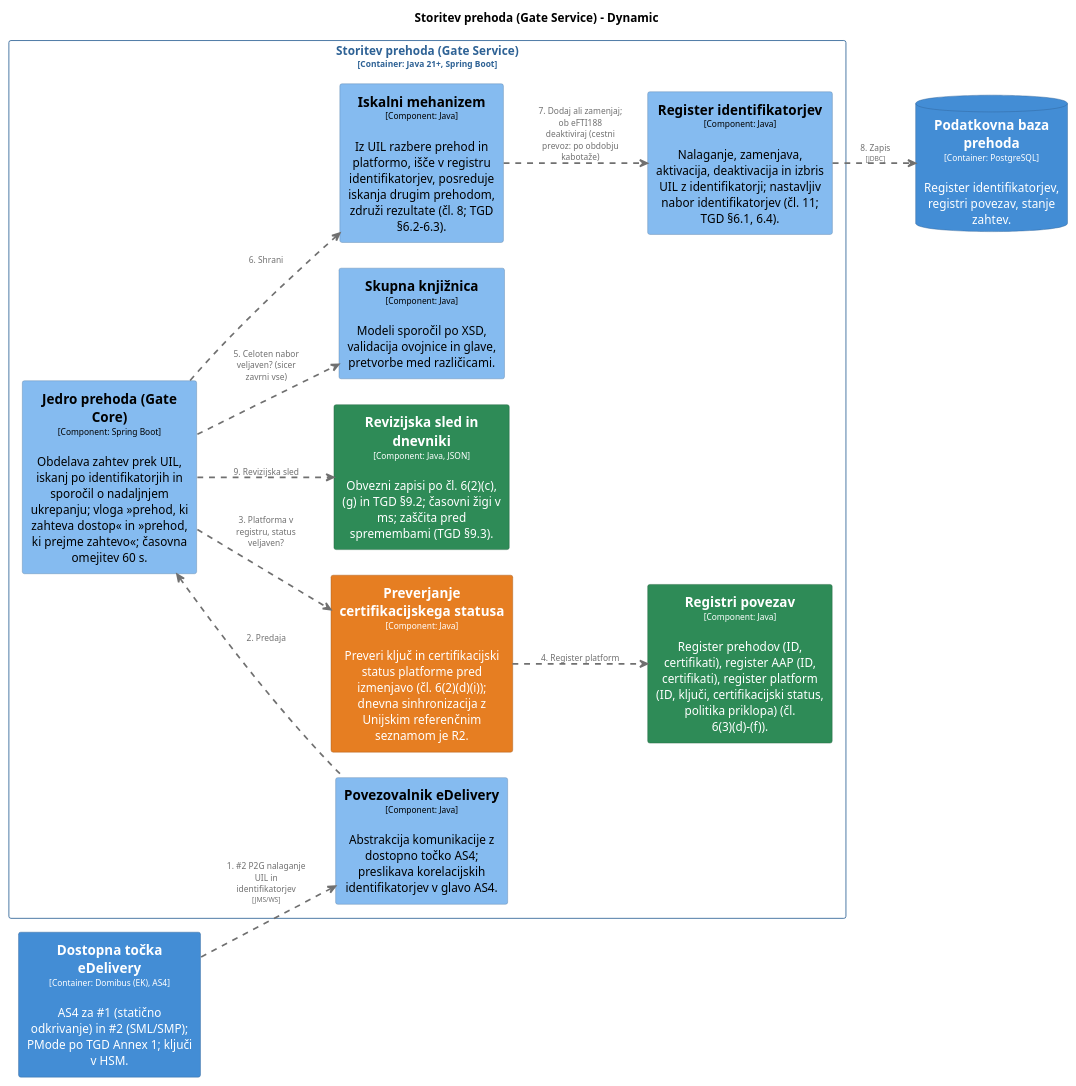
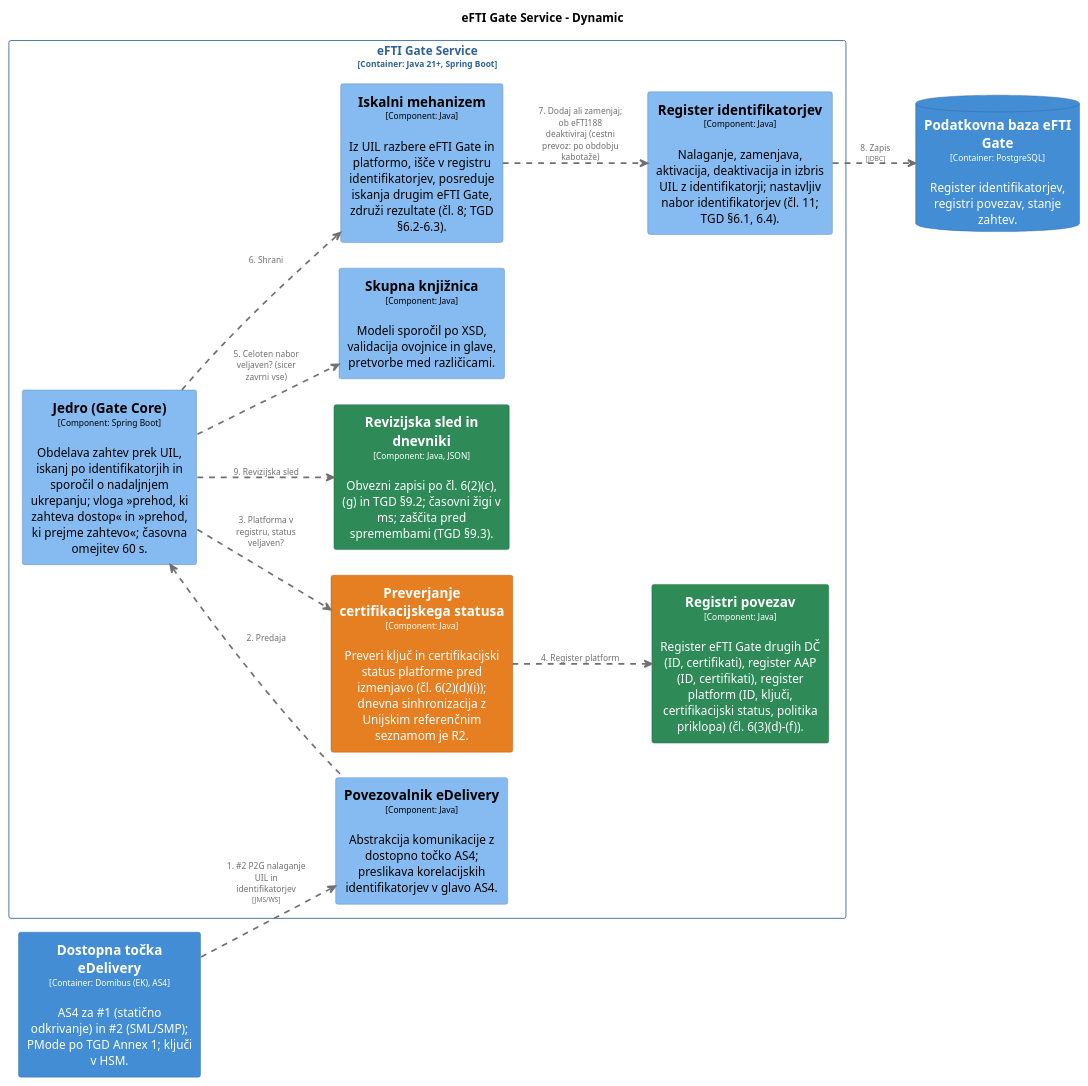
Before and after one commit to UM-KGPI/eFTI-Gate-SI: the diagram in architecture/diagrams/structurizr-D4-Nalaganje-identifikatorjev.puml, drawn with PlantUML. The commit also changed 24 other files, not shown here.

First line of the commit message:
C4: enotno ime "eFTI Gate" v diagramih

```diff
--- a/architecture/diagrams/structurizr-D4-Nalaganje-identifikatorjev.puml
+++ b/architecture/diagrams/structurizr-D4-Nalaganje-identifikatorjev.puml
@@ -1,107 +1,107 @@
 @startuml
 set separator none
-title Storitev prehoda (Gate Service) - Dynamic
+title eFTI Gate Service - Dynamic
 
 left to right direction
 skinparam ranksep 60
 skinparam nodesep 30
 
 skinparam {
   arrowFontSize 10
   defaultTextAlignment center
   wrapWidth 200
   maxMessageSize 100
 }
 
 hide stereotype
 
-skinparam rectangle<<SlovenskiprehodeFTI.DostopnatočkaeDelivery>> {
+skinparam rectangle<<eFTIGate.DostopnatočkaeDelivery>> {
   BackgroundColor #438dd5
   FontColor #ffffff
   BorderColor #2e6295
   shadowing false
 }
-skinparam rectangle<<SlovenskiprehodeFTI.StoritevprehodaGateService.Iskalnimehanizem>> {
+skinparam rectangle<<eFTIGate.eFTIGateService.Iskalnimehanizem>> {
   BackgroundColor #85bbf0
   FontColor #000000
   BorderColor #5d82a8
   shadowing false
 }
-skinparam rectangle<<SlovenskiprehodeFTI.StoritevprehodaGateService.JedroprehodaGateCore>> {
+skinparam rectangle<<eFTIGate.eFTIGateService.JedroGateCore>> {
   BackgroundColor #85bbf0
   FontColor #000000
   BorderColor #5d82a8
   shadowing false
 }
-skinparam database<<SlovenskiprehodeFTI.Podatkovnabazaprehoda>> {
+skinparam database<<eFTIGate.PodatkovnabazaeFTIGate>> {
   BackgroundColor #438dd5
   FontColor #ffffff
   BorderColor #2e6295
   shadowing false
 }
-skinparam rectangle<<SlovenskiprehodeFTI.StoritevprehodaGateService.PovezovalnikeDelivery>> {
+skinparam rectangle<<eFTIGate.eFTIGateService.PovezovalnikeDelivery>> {
   BackgroundColor #85bbf0
   FontColor #000000
   BorderColor #5d82a8
   shadowing false
 }
-skinparam rectangle<<SlovenskiprehodeFTI.StoritevprehodaGateService.Preverjanjecertifikacijskegastatusa>> {
+skinparam rectangle<<eFTIGate.eFTIGateService.Preverjanjecertifikacijskegastatusa>> {
   BackgroundColor #e67e22
   FontColor #ffffff
   BorderColor #a15817
   shadowing false
 }
-skinparam rectangle<<SlovenskiprehodeFTI.StoritevprehodaGateService.Registeridentifikatorjev>> {
+skinparam rectangle<<eFTIGate.eFTIGateService.Registeridentifikatorjev>> {
   BackgroundColor #85bbf0
   FontColor #000000
   BorderColor #5d82a8
   shadowing false
 }
-skinparam rectangle<<SlovenskiprehodeFTI.StoritevprehodaGateService.Registripovezav>> {
+skinparam rectangle<<eFTIGate.eFTIGateService.Registripovezav>> {
   BackgroundColor #2e8b57
   FontColor #ffffff
   BorderColor #20613c
   shadowing false
 }
-skinparam rectangle<<SlovenskiprehodeFTI.StoritevprehodaGateService.Revizijskasledindnevniki>> {
+skinparam rectangle<<eFTIGate.eFTIGateService.Revizijskasledindnevniki>> {
   BackgroundColor #2e8b57
   FontColor #ffffff
   BorderColor #20613c
   shadowing false
 }
-skinparam rectangle<<SlovenskiprehodeFTI.StoritevprehodaGateService.Skupnaknjižnica>> {
+skinparam rectangle<<eFTIGate.eFTIGateService.Skupnaknjižnica>> {
   BackgroundColor #85bbf0
   FontColor #000000
   BorderColor #5d82a8
   shadowing false
 }
-skinparam rectangle<<SlovenskiprehodeFTI.StoritevprehodaGateService>> {
+skinparam rectangle<<eFTIGate.eFTIGateService>> {
   BorderColor #2e6295
   FontColor #2e6295
   shadowing false
 }
 
-rectangle "Storitev prehoda (Gate Service)\n<size:10>[Container: Java 21+, Spring Boot]</size>" <<SlovenskiprehodeFTI.StoritevprehodaGateService>> {
-  rectangle "==Preverjanje certifikacijskega statusa\n<size:10>[Component: Java]</size>\n\nPreveri ključ in certifikacijski status platforme pred izmenjavo (čl. 6(2)(d)(i)); dnevna sinhronizacija z Unijskim referenčnim seznamom je R2." <<SlovenskiprehodeFTI.StoritevprehodaGateService.Preverjanjecertifikacijskegastatusa>> as SlovenskiprehodeFTI.StoritevprehodaGateService.Preverjanjecertifikacijskegastatusa
-  rectangle "==Povezovalnik eDelivery\n<size:10>[Component: Java]</size>\n\nAbstrakcija komunikacije z dostopno točko AS4; preslikava korelacijskih identifikatorjev v glavo AS4." <<SlovenskiprehodeFTI.StoritevprehodaGateService.PovezovalnikeDelivery>> as SlovenskiprehodeFTI.StoritevprehodaGateService.PovezovalnikeDelivery
-  rectangle "==Revizijska sled in dnevniki\n<size:10>[Component: Java, JSON]</size>\n\nObvezni zapisi po čl. 6(2)(c), (g) in TGD §9.2; časovni žigi v ms; zaščita pred spremembami (TGD §9.3)." <<SlovenskiprehodeFTI.StoritevprehodaGateService.Revizijskasledindnevniki>> as SlovenskiprehodeFTI.StoritevprehodaGateService.Revizijskasledindnevniki
-  rectangle "==Skupna knjižnica\n<size:10>[Component: Java]</size>\n\nModeli sporočil po XSD, validacija ovojnice in glave, pretvorbe med različicami." <<SlovenskiprehodeFTI.StoritevprehodaGateService.Skupnaknjižnica>> as SlovenskiprehodeFTI.StoritevprehodaGateService.Skupnaknjižnica
-  rectangle "==Jedro prehoda (Gate Core)\n<size:10>[Component: Spring Boot]</size>\n\nObdelava zahtev prek UIL, iskanj po identifikatorjih in sporočil o nadaljnjem ukrepanju; vloga »prehod, ki zahteva dostop« in »prehod, ki prejme zahtevo«; časovna omejitev 60 s." <<SlovenskiprehodeFTI.StoritevprehodaGateService.JedroprehodaGateCore>> as SlovenskiprehodeFTI.StoritevprehodaGateService.JedroprehodaGateCore
-  rectangle "==Iskalni mehanizem\n<size:10>[Component: Java]</size>\n\nIz UIL razbere prehod in platformo, išče v registru identifikatorjev, posreduje iskanja drugim prehodom, združi rezultate (čl. 8; TGD §6.2–6.3)." <<SlovenskiprehodeFTI.StoritevprehodaGateService.Iskalnimehanizem>> as SlovenskiprehodeFTI.StoritevprehodaGateService.Iskalnimehanizem
-  rectangle "==Register identifikatorjev\n<size:10>[Component: Java]</size>\n\nNalaganje, zamenjava, aktivacija, deaktivacija in izbris UIL z identifikatorji; nastavljiv nabor identifikatorjev (čl. 11; TGD §6.1, 6.4)." <<SlovenskiprehodeFTI.StoritevprehodaGateService.Registeridentifikatorjev>> as SlovenskiprehodeFTI.StoritevprehodaGateService.Registeridentifikatorjev
-  rectangle "==Registri povezav\n<size:10>[Component: Java]</size>\n\nRegister prehodov (ID, certifikati), register AAP (ID, certifikati), register platform (ID, ključi, certifikacijski status, politika priklopa) (čl. 6(3)(d)–(f))." <<SlovenskiprehodeFTI.StoritevprehodaGateService.Registripovezav>> as SlovenskiprehodeFTI.StoritevprehodaGateService.Registripovezav
+rectangle "eFTI Gate Service\n<size:10>[Container: Java 21+, Spring Boot]</size>" <<eFTIGate.eFTIGateService>> {
+  rectangle "==Preverjanje certifikacijskega statusa\n<size:10>[Component: Java]</size>\n\nPreveri ključ in certifikacijski status platforme pred izmenjavo (čl. 6(2)(d)(i)); dnevna sinhronizacija z Unijskim referenčnim seznamom je R2." <<eFTIGate.eFTIGateService.Preverjanjecertifikacijskegastatusa>> as eFTIGate.eFTIGateService.Preverjanjecertifikacijskegastatusa
+  rectangle "==Povezovalnik eDelivery\n<size:10>[Component: Java]</size>\n\nAbstrakcija komunikacije z dostopno točko AS4; preslikava korelacijskih identifikatorjev v glavo AS4." <<eFTIGate.eFTIGateService.PovezovalnikeDelivery>> as eFTIGate.eFTIGateService.PovezovalnikeDelivery
+  rectangle "==Revizijska sled in dnevniki\n<size:10>[Component: Java, JSON]</size>\n\nObvezni zapisi po čl. 6(2)(c), (g) in TGD §9.2; časovni žigi v ms; zaščita pred spremembami (TGD §9.3)." <<eFTIGate.eFTIGateService.Revizijskasledindnevniki>> as eFTIGate.eFTIGateService.Revizijskasledindnevniki
+  rectangle "==Skupna knjižnica\n<size:10>[Component: Java]</size>\n\nModeli sporočil po XSD, validacija ovojnice in glave, pretvorbe med različicami." <<eFTIGate.eFTIGateService.Skupnaknjižnica>> as eFTIGate.eFTIGateService.Skupnaknjižnica
+  rectangle "==Jedro (Gate Core)\n<size:10>[Component: Spring Boot]</size>\n\nObdelava zahtev prek UIL, iskanj po identifikatorjih in sporočil o nadaljnjem ukrepanju; vloga »prehod, ki zahteva dostop« in »prehod, ki prejme zahtevo«; časovna omejitev 60 s." <<eFTIGate.eFTIGateService.JedroGateCore>> as eFTIGate.eFTIGateService.JedroGateCore
+  rectangle "==Iskalni mehanizem\n<size:10>[Component: Java]</size>\n\nIz UIL razbere eFTI Gate in platformo, išče v registru identifikatorjev, posreduje iskanja drugim eFTI Gate, združi rezultate (čl. 8; TGD §6.2–6.3)." <<eFTIGate.eFTIGateService.Iskalnimehanizem>> as eFTIGate.eFTIGateService.Iskalnimehanizem
+  rectangle "==Register identifikatorjev\n<size:10>[Component: Java]</size>\n\nNalaganje, zamenjava, aktivacija, deaktivacija in izbris UIL z identifikatorji; nastavljiv nabor identifikatorjev (čl. 11; TGD §6.1, 6.4)." <<eFTIGate.eFTIGateService.Registeridentifikatorjev>> as eFTIGate.eFTIGateService.Registeridentifikatorjev
+  rectangle "==Registri povezav\n<size:10>[Component: Java]</size>\n\nRegister eFTI Gate drugih DČ (ID, certifikati), register AAP (ID, certifikati), register platform (ID, ključi, certifikacijski status, politika priklopa) (čl. 6(3)(d)–(f))." <<eFTIGate.eFTIGateService.Registripovezav>> as eFTIGate.eFTIGateService.Registripovezav
 }
 
-database "==Podatkovna baza prehoda\n<size:10>[Container: PostgreSQL]</size>\n\nRegister identifikatorjev, registri povezav, stanje zahtev." <<SlovenskiprehodeFTI.Podatkovnabazaprehoda>> as SlovenskiprehodeFTI.Podatkovnabazaprehoda
-rectangle "==Dostopna točka eDelivery\n<size:10>[Container: Domibus (EK), AS4]</size>\n\nAS4 za #1 (statično odkrivanje) in #2 (SML/SMP); PMode po TGD Annex 1; ključi v HSM." <<SlovenskiprehodeFTI.DostopnatočkaeDelivery>> as SlovenskiprehodeFTI.DostopnatočkaeDelivery
+database "==Podatkovna baza eFTI Gate\n<size:10>[Container: PostgreSQL]</size>\n\nRegister identifikatorjev, registri povezav, stanje zahtev." <<eFTIGate.PodatkovnabazaeFTIGate>> as eFTIGate.PodatkovnabazaeFTIGate
+rectangle "==Dostopna točka eDelivery\n<size:10>[Container: Domibus (EK), AS4]</size>\n\nAS4 za #1 (statično odkrivanje) in #2 (SML/SMP); PMode po TGD Annex 1; ključi v HSM." <<eFTIGate.DostopnatočkaeDelivery>> as eFTIGate.DostopnatočkaeDelivery
 
-SlovenskiprehodeFTI.DostopnatočkaeDelivery .[#707070,thickness=2].> SlovenskiprehodeFTI.StoritevprehodaGateService.PovezovalnikeDelivery : "<color:#707070>1. #2 P2G nalaganje UIL in identifikatorjev\n<color:#707070><size:8>[JMS/WS]</size>"
-SlovenskiprehodeFTI.StoritevprehodaGateService.JedroprehodaGateCore <.[#707070,thickness=2]. SlovenskiprehodeFTI.StoritevprehodaGateService.PovezovalnikeDelivery : "<color:#707070>2. Predaja"
-SlovenskiprehodeFTI.StoritevprehodaGateService.JedroprehodaGateCore .[#707070,thickness=2].> SlovenskiprehodeFTI.StoritevprehodaGateService.Preverjanjecertifikacijskegastatusa : "<color:#707070>3. Platforma v registru, status veljaven?"
-SlovenskiprehodeFTI.StoritevprehodaGateService.Preverjanjecertifikacijskegastatusa .[#707070,thickness=2].> SlovenskiprehodeFTI.StoritevprehodaGateService.Registripovezav : "<color:#707070>4. Register platform"
-SlovenskiprehodeFTI.StoritevprehodaGateService.JedroprehodaGateCore .[#707070,thickness=2].> SlovenskiprehodeFTI.StoritevprehodaGateService.Skupnaknjižnica : "<color:#707070>5. Celoten nabor veljaven? (sicer zavrni vse)"
-SlovenskiprehodeFTI.StoritevprehodaGateService.JedroprehodaGateCore .[#707070,thickness=2].> SlovenskiprehodeFTI.StoritevprehodaGateService.Iskalnimehanizem : "<color:#707070>6. Shrani"
-SlovenskiprehodeFTI.StoritevprehodaGateService.Iskalnimehanizem .[#707070,thickness=2].> SlovenskiprehodeFTI.StoritevprehodaGateService.Registeridentifikatorjev : "<color:#707070>7. Dodaj ali zamenjaj; ob eFTI188 deaktiviraj (cestni prevoz: po obdobju kabotaže)"
-SlovenskiprehodeFTI.StoritevprehodaGateService.Registeridentifikatorjev .[#707070,thickness=2].> SlovenskiprehodeFTI.Podatkovnabazaprehoda : "<color:#707070>8. Zapis\n<color:#707070><size:8>[JDBC]</size>"
-SlovenskiprehodeFTI.StoritevprehodaGateService.JedroprehodaGateCore .[#707070,thickness=2].> SlovenskiprehodeFTI.StoritevprehodaGateService.Revizijskasledindnevniki : "<color:#707070>9. Revizijska sled"
+eFTIGate.DostopnatočkaeDelivery .[#707070,thickness=2].> eFTIGate.eFTIGateService.PovezovalnikeDelivery : "<color:#707070>1. #2 P2G nalaganje UIL in identifikatorjev\n<color:#707070><size:8>[JMS/WS]</size>"
+eFTIGate.eFTIGateService.JedroGateCore <.[#707070,thickness=2]. eFTIGate.eFTIGateService.PovezovalnikeDelivery : "<color:#707070>2. Predaja"
+eFTIGate.eFTIGateService.JedroGateCore .[#707070,thickness=2].> eFTIGate.eFTIGateService.Preverjanjecertifikacijskegastatusa : "<color:#707070>3. Platforma v registru, status veljaven?"
+eFTIGate.eFTIGateService.Preverjanjecertifikacijskegastatusa .[#707070,thickness=2].> eFTIGate.eFTIGateService.Registripovezav : "<color:#707070>4. Register platform"
+eFTIGate.eFTIGateService.JedroGateCore .[#707070,thickness=2].> eFTIGate.eFTIGateService.Skupnaknjižnica : "<color:#707070>5. Celoten nabor veljaven? (sicer zavrni vse)"
+eFTIGate.eFTIGateService.JedroGateCore .[#707070,thickness=2].> eFTIGate.eFTIGateService.Iskalnimehanizem : "<color:#707070>6. Shrani"
+eFTIGate.eFTIGateService.Iskalnimehanizem .[#707070,thickness=2].> eFTIGate.eFTIGateService.Registeridentifikatorjev : "<color:#707070>7. Dodaj ali zamenjaj; ob eFTI188 deaktiviraj (cestni prevoz: po obdobju kabotaže)"
+eFTIGate.eFTIGateService.Registeridentifikatorjev .[#707070,thickness=2].> eFTIGate.PodatkovnabazaeFTIGate : "<color:#707070>8. Zapis\n<color:#707070><size:8>[JDBC]</size>"
+eFTIGate.eFTIGateService.JedroGateCore .[#707070,thickness=2].> eFTIGate.eFTIGateService.Revizijskasledindnevniki : "<color:#707070>9. Revizijska sled"
 @enduml
```
